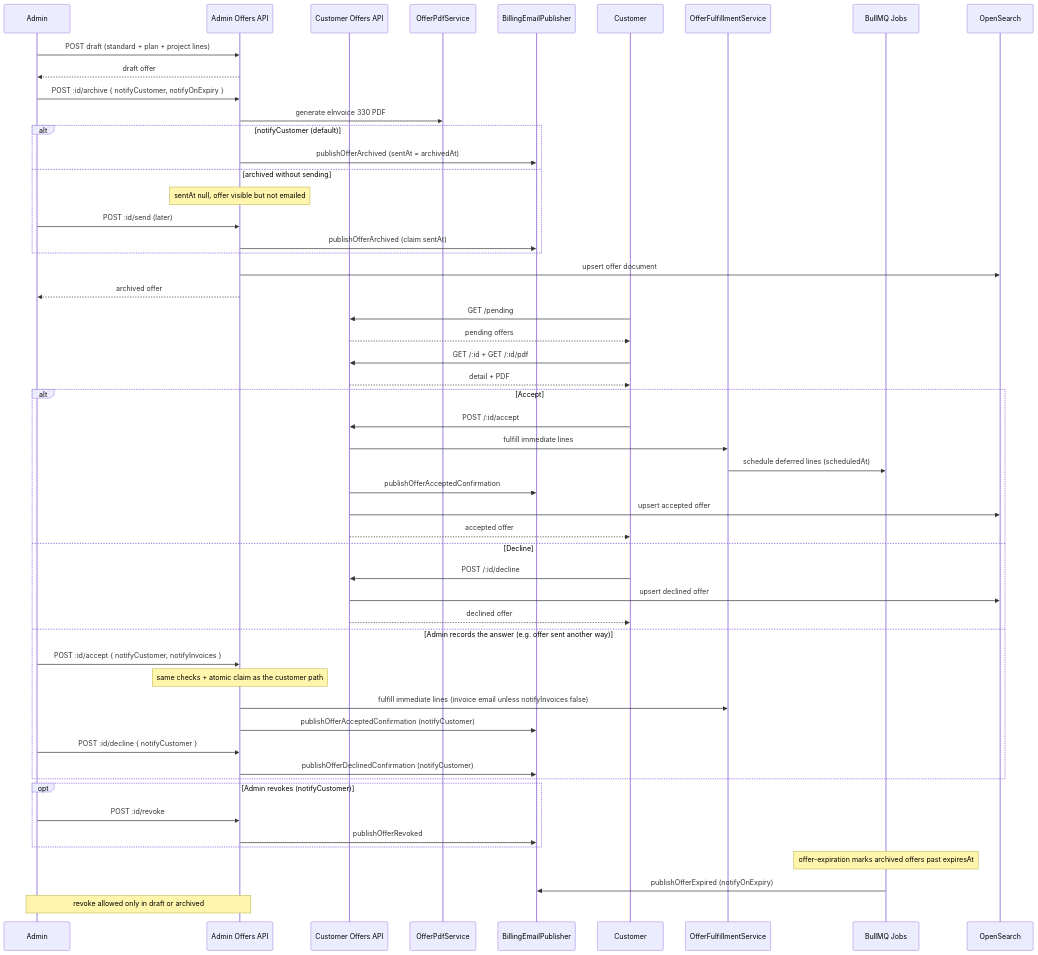
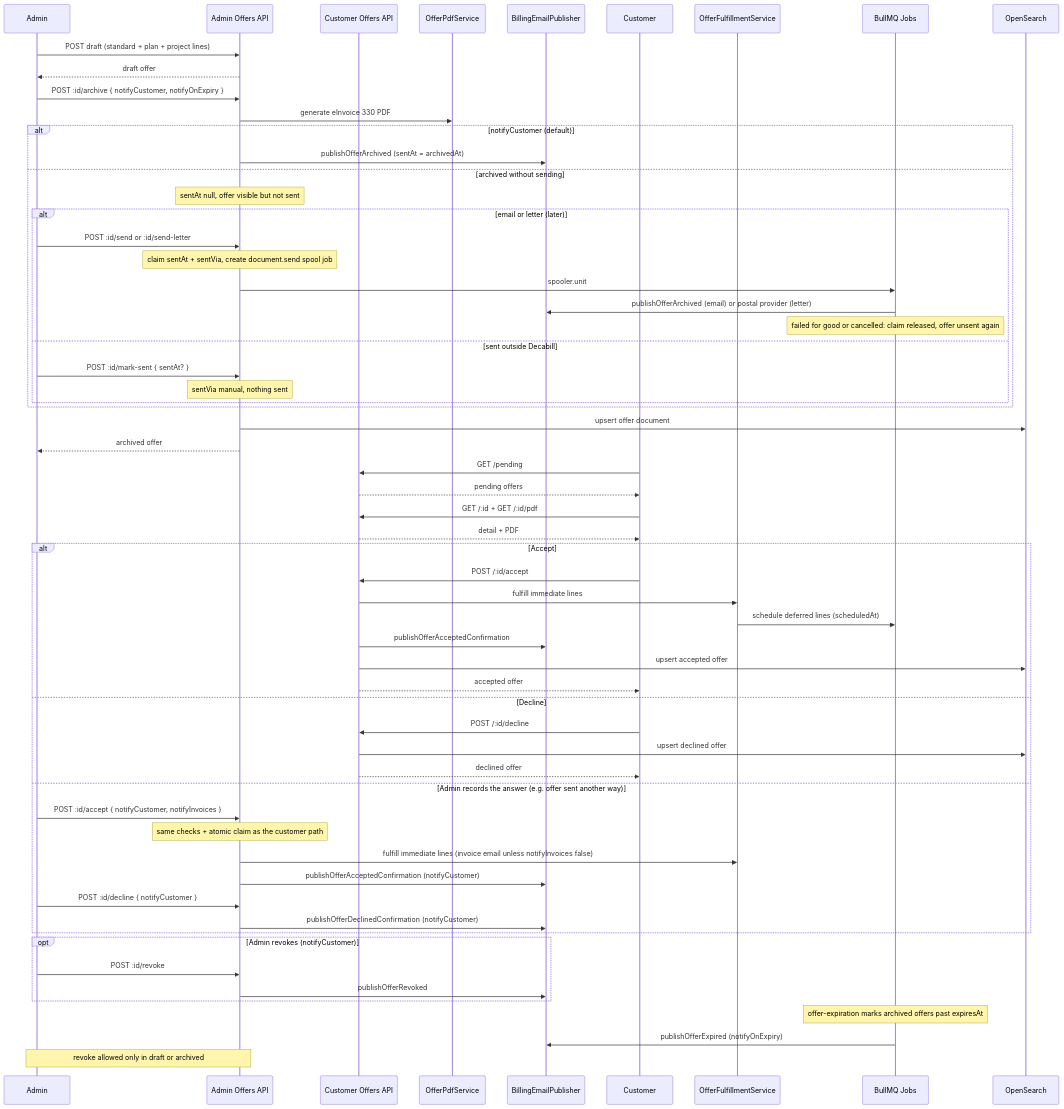
One commit to forepath/one changed the diagram in docs/decabill/offers-lifecycle.mmd. Above: the diagram before and after it, drawn with Mermaid. The commit also changed 180 other files, not shown here.

First line of the commit message:
feat(decabill): spooler service and postal delivery (#775)

```diff
--- a/docs/decabill/offers-lifecycle.mmd
+++ b/docs/decabill/offers-lifecycle.mmd
@@ -1,60 +1,68 @@
 sequenceDiagram
     participant Admin
     participant AdminAPI as Admin Offers API
     participant CustomerAPI as Customer Offers API
     participant PDF as OfferPdfService
     participant Email as BillingEmailPublisher
     participant Customer
     participant Fulfillment as OfferFulfillmentService
     participant Jobs as BullMQ Jobs
     participant Search as OpenSearch
 
     Admin->>AdminAPI: POST draft (standard + plan + project lines)
     AdminAPI-->>Admin: draft offer
 
     Admin->>AdminAPI: POST :id/archive { notifyCustomer, notifyOnExpiry }
     AdminAPI->>PDF: generate eInvoice 330 PDF
     alt notifyCustomer (default)
         AdminAPI->>Email: publishOfferArchived (sentAt = archivedAt)
     else archived without sending
-        Note over AdminAPI: sentAt null, offer visible but not emailed
-        Admin->>AdminAPI: POST :id/send (later)
-        AdminAPI->>Email: publishOfferArchived (claim sentAt)
+        Note over AdminAPI: sentAt null, offer visible but not sent
+        alt email or letter (later)
+            Admin->>AdminAPI: POST :id/send or :id/send-letter
+            Note over AdminAPI: claim sentAt + sentVia, create document.send spool job
+            AdminAPI->>Jobs: spooler.unit
+            Jobs->>Email: publishOfferArchived (email) or postal provider (letter)
+            Note over Jobs: failed for good or cancelled: claim released, offer unsent again
+        else sent outside Decabill
+            Admin->>AdminAPI: POST :id/mark-sent { sentAt? }
+            Note over AdminAPI: sentVia manual, nothing sent
+        end
     end
     AdminAPI->>Search: upsert offer document
     AdminAPI-->>Admin: archived offer
 
     Customer->>CustomerAPI: GET /pending
     CustomerAPI-->>Customer: pending offers
 
     Customer->>CustomerAPI: GET /:id + GET /:id/pdf
     CustomerAPI-->>Customer: detail + PDF
 
     alt Accept
         Customer->>CustomerAPI: POST /:id/accept
         CustomerAPI->>Fulfillment: fulfill immediate lines
         Fulfillment->>Jobs: schedule deferred lines (scheduledAt)
         CustomerAPI->>Email: publishOfferAcceptedConfirmation
         CustomerAPI->>Search: upsert accepted offer
         CustomerAPI-->>Customer: accepted offer
     else Decline
         Customer->>CustomerAPI: POST /:id/decline
         CustomerAPI->>Search: upsert declined offer
         CustomerAPI-->>Customer: declined offer
     else Admin records the answer (e.g. offer sent another way)
         Admin->>AdminAPI: POST :id/accept { notifyCustomer, notifyInvoices }
         Note over AdminAPI: same checks + atomic claim as the customer path
         AdminAPI->>Fulfillment: fulfill immediate lines (invoice email unless notifyInvoices false)
         AdminAPI->>Email: publishOfferAcceptedConfirmation (notifyCustomer)
         Admin->>AdminAPI: POST :id/decline { notifyCustomer }
         AdminAPI->>Email: publishOfferDeclinedConfirmation (notifyCustomer)
     end
 
     opt Admin revokes (notifyCustomer)
         Admin->>AdminAPI: POST :id/revoke
         AdminAPI->>Email: publishOfferRevoked
     end
 
     Note over Jobs: offer-expiration marks archived offers past expiresAt
     Jobs->>Email: publishOfferExpired (notifyOnExpiry)
     Note over Admin,AdminAPI: revoke allowed only in draft or archived
```
